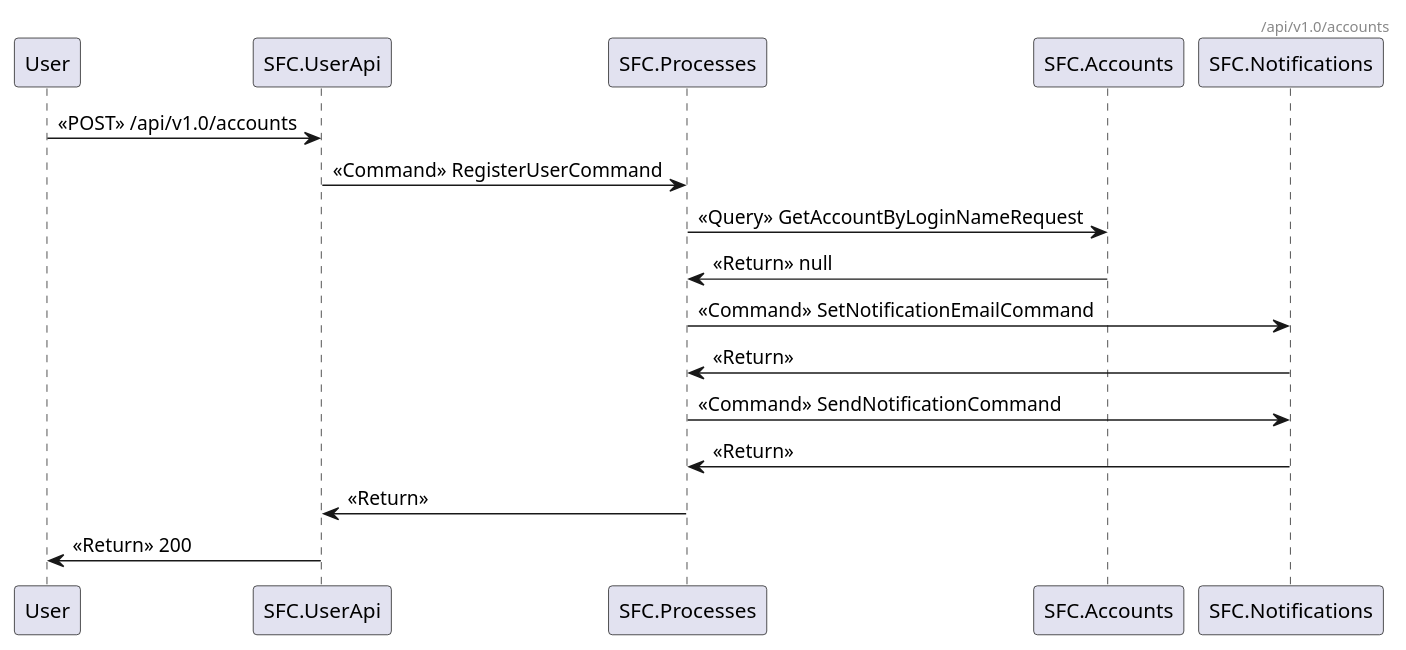
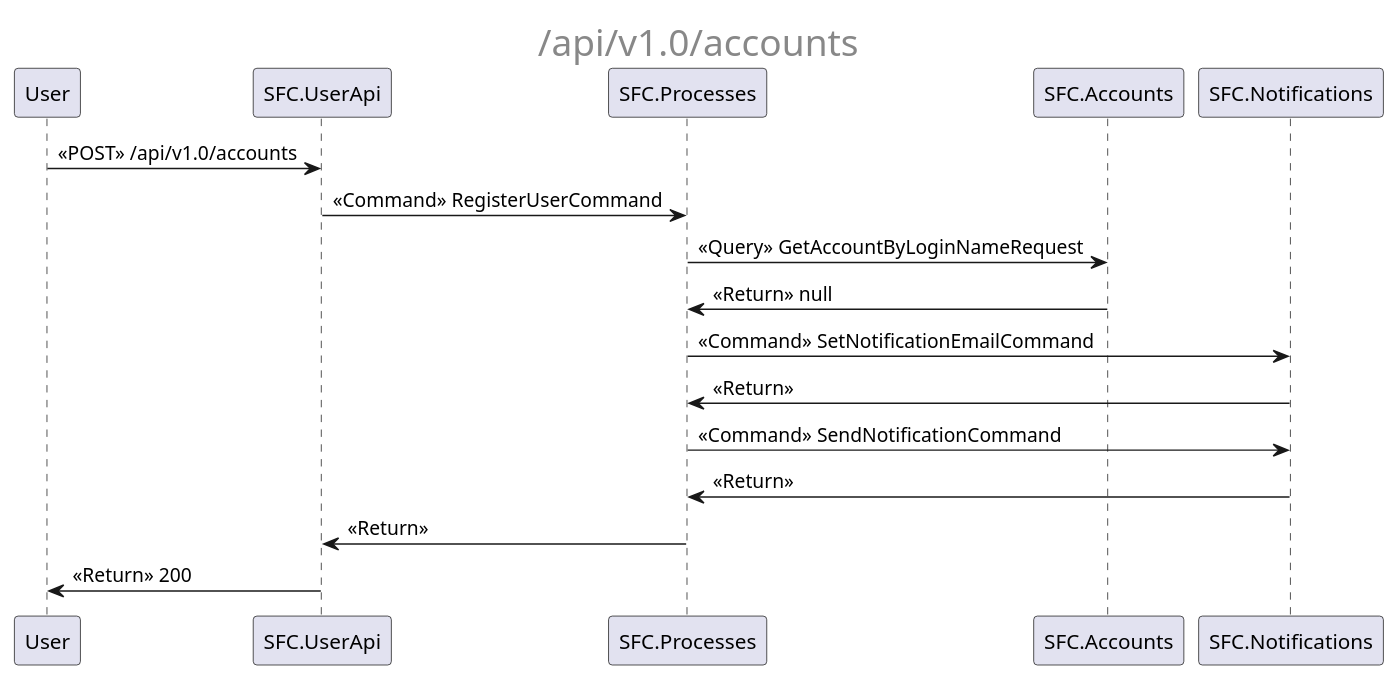
One commit to mr0zek/SmogFightClub changed the diagram in docs/ArchitectureDocumentation/_api_v1.0_accounts.puml. Above: the diagram before and after it, drawn with PlantUML. The commit also changed 9 other files, not shown here.

```diff
--- a/docs/ArchitectureDocumentation/_api_v1.0_accounts.puml
+++ b/docs/ArchitectureDocumentation/_api_v1.0_accounts.puml
@@ -1,13 +1,13 @@
 @startuml
-header /api/v1.0/accounts
+center header <font size=25>/api/v1.0/accounts</font>
 User -> SFC.UserApi : <<POST>> /api/v1.0/accounts
 SFC.UserApi -> SFC.Processes : <<Command>> RegisterUserCommand
 SFC.Processes -> SFC.Accounts : <<Query>> GetAccountByLoginNameRequest
 SFC.Accounts -> SFC.Processes : <<Return>> null
 SFC.Processes -> SFC.Notifications : <<Command>> SetNotificationEmailCommand
 SFC.Notifications -> SFC.Processes : <<Return>> 
 SFC.Processes -> SFC.Notifications : <<Command>> SendNotificationCommand
 SFC.Notifications -> SFC.Processes : <<Return>> 
 SFC.Processes -> SFC.UserApi : <<Return>> 
 SFC.UserApi -> User: <<Return>> 200
 @enduml
```
